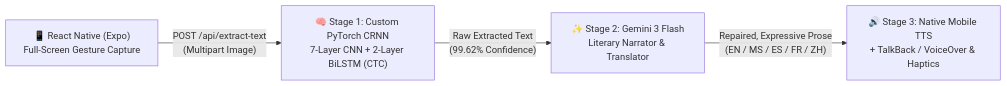
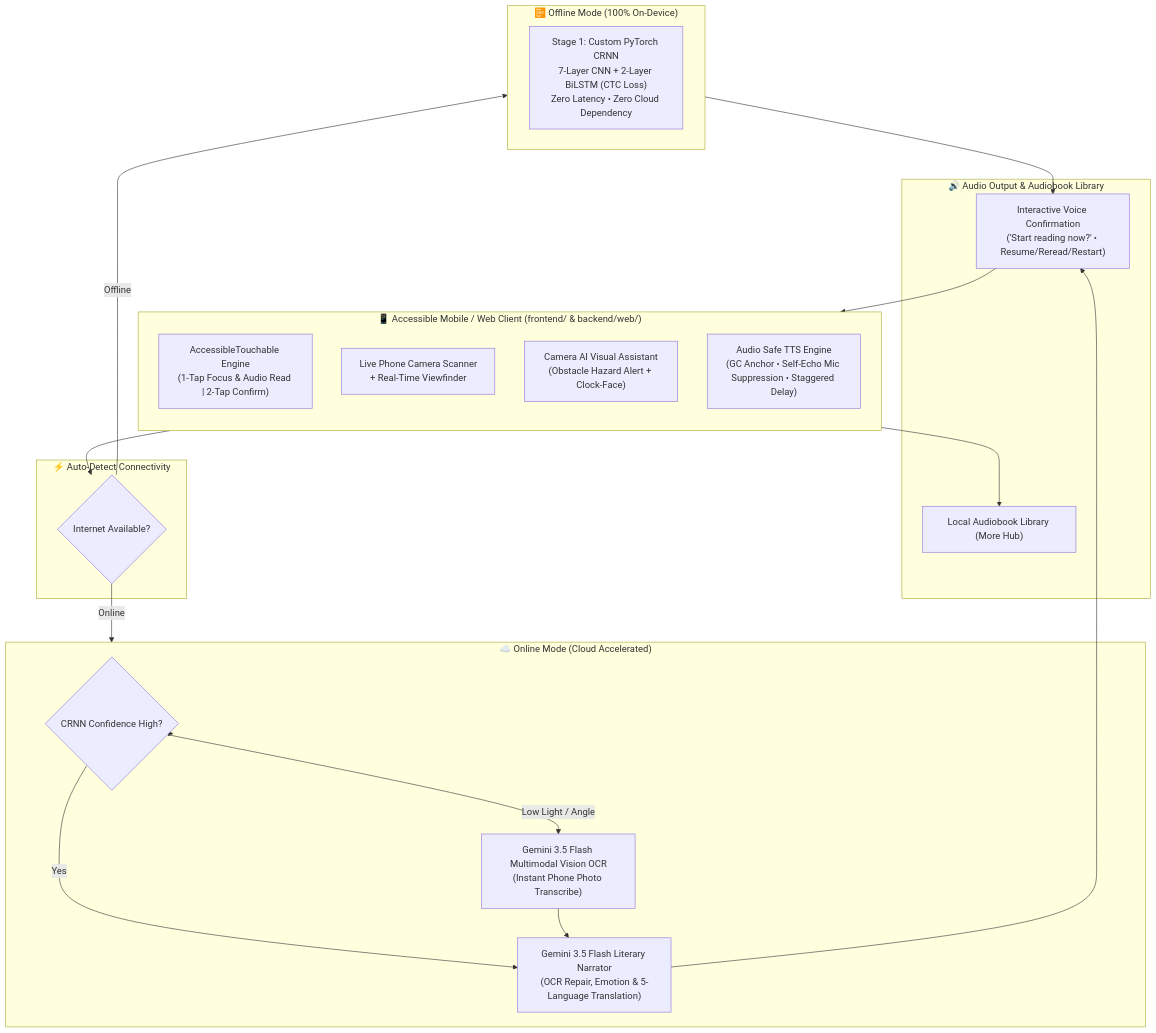
Before and after one commit to Hariths-bliAst/Blinde-ER: the diagram in README.md, drawn with Mermaid. The commit also changed other lines of this file and 29 other files, not shown here.

Commit message:
feat(v2.5.0): dual-engine offline CRNN, camera scan, speech safety, and architecture docs

````diff
--- a/README.md
+++ b/README.md
@@ -13,6 +13,40 @@
 ```mermaid
-flowchart LR
-    A["📱 React Native (Expo)\nFull-Screen Gesture Capture"] -->|"POST /api/extract-text\n(Multipart Image)"| B["🧠 Stage 1: Custom PyTorch CRNN\n7-Layer CNN + 2-Layer BiLSTM (CTC)"]
-    B -->|"Raw Extracted Text\n(99.62% Confidence)"| C["✨ Stage 2: Gemini 3 Flash\nLiterary Narrator & Translator"]
-    C -->|"Repaired, Expressive Prose\n(EN / MS / ES / FR / ZH)"| D["🔊 Stage 3: Native Mobile TTS\n+ TalkBack / VoiceOver & Haptics"]
+flowchart TD
+    subgraph UI["📱 Accessible Mobile / Web Client (frontend/ & backend/web/)"]
+        direction TB
+        G["AccessibleTouchable Engine\n(1-Tap Focus & Audio Read | 2-Tap Confirm)"]
+        CAM["Live Phone Camera Scanner\n+ Real-Time Viewfinder"]
+        AI_ASSIST["Camera AI Visual Assistant\n(Obstacle Hazard Alert + Clock-Face)"]
+        AUD["Audio Safe TTS Engine\n(GC Anchor • Self-Echo Mic Suppression • Staggered Delay)"]
+    end
+
+    subgraph NetworkDetect["⚡ Auto-Detect Connectivity"]
+        NET{"Internet Available?"}
+    end
+
+    subgraph OfflineMode["📴 Offline Mode (100% On-Device)"]
+        CRNN["Stage 1: Custom PyTorch CRNN\n7-Layer CNN + 2-Layer BiLSTM (CTC Loss)\nZero Latency • Zero Cloud Dependency"]
+    end
+
+    subgraph OnlineMode["☁️ Online Mode (Cloud Accelerated)"]
+        OCR_VAL{"CRNN Confidence High?"}
+        GEM_VIS["Gemini 3.5 Flash Multimodal Vision OCR\n(Instant Phone Photo Transcribe)"]
+        GEM_LLM["Gemini 3.5 Flash Literary Narrator\n(OCR Repair, Emotion & 5-Language Translation)"]
+    end
+
+    subgraph Narration["🔊 Audio Output & Audiobook Library"]
+        ASK["Interactive Voice Confirmation\n('Start reading now?' • Resume/Reread/Restart)"]
+        LIB["Local Audiobook Library (More Hub)"]
+    end
+
+    UI --> NET
+    NET -- "Offline" --> OfflineMode
+    NET -- "Online" --> OnlineMode
+    OfflineMode --> ASK
+    OnlineMode --> OCR_VAL
+    OCR_VAL -- "Yes" --> GEM_LLM
+    OCR_VAL -- "Low Light / Angle" --> GEM_VIS
+    GEM_VIS --> GEM_LLM
+    GEM_LLM --> ASK
+    ASK --> AUD --> LIB
 ```
````
